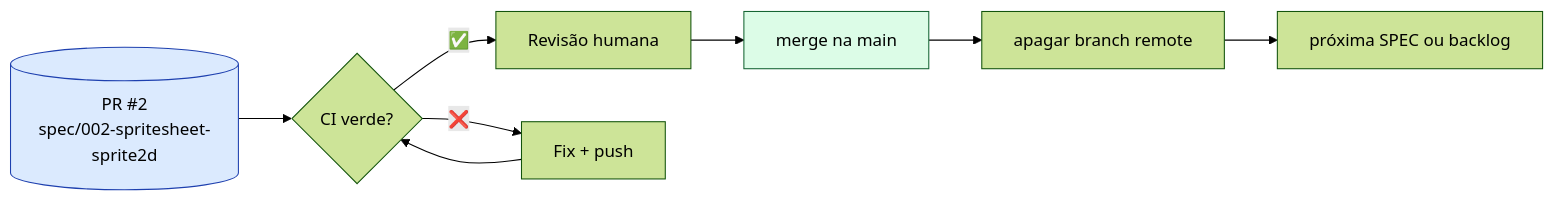
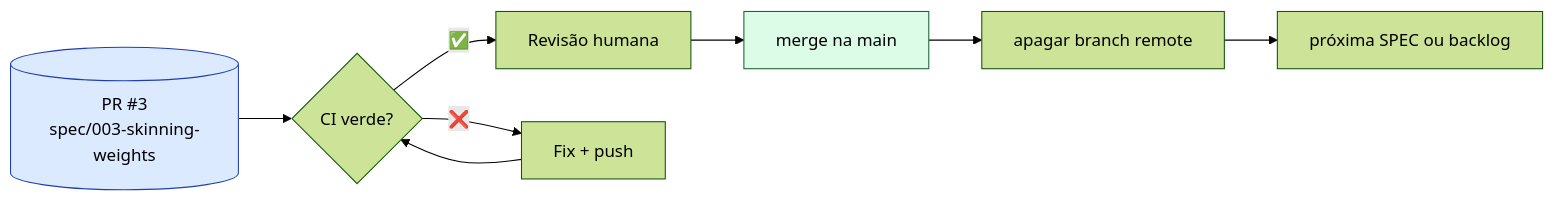
The third of 5 diagrams in STATUS.md (Space-Wizard-Studios/firebound-proscenio), drawn with Mermaid (forest theme) before and after one commit. The commit also changed other lines of this file and 2 other files, not shown here.

````diff
--- a/STATUS.md
+++ b/STATUS.md
@@ -115,14 +117,14 @@
 ```mermaid
 flowchart LR
-    PR[("PR #2<br/>spec/002-spritesheet-sprite2d")]
+    PR[("PR #3<br/>spec/003-skinning-weights")]
     PR --> CI{CI verde?}
     CI -->|✅| REVIEW[Revisão humana]
     CI -->|❌| FIX[Fix + push]
     FIX --> CI
     REVIEW --> MERGE[merge na main]
     MERGE --> DEL[apagar branch remote]
     DEL --> NEXT[próxima SPEC ou backlog]
 
     style PR fill:#dbeafe,stroke:#1e40af
     style MERGE fill:#dcfce7,stroke:#166534
 ```
````
